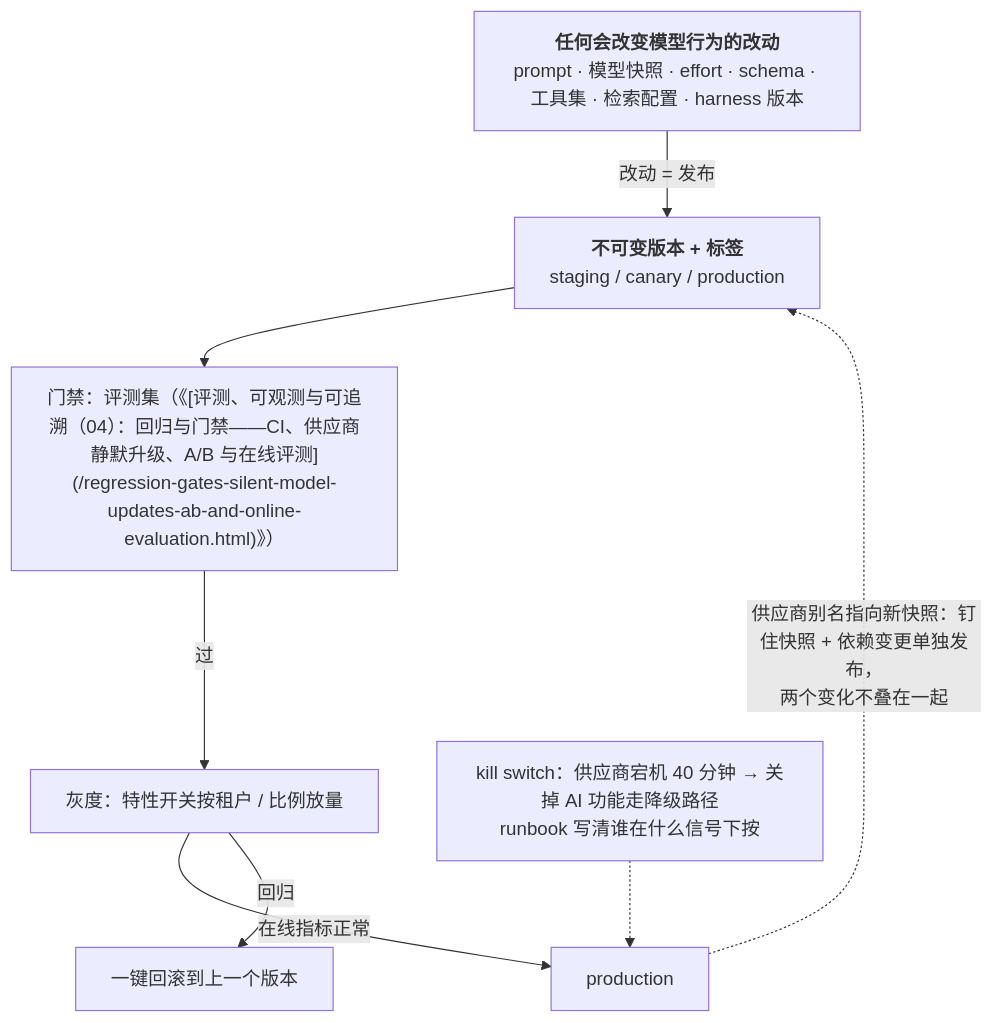
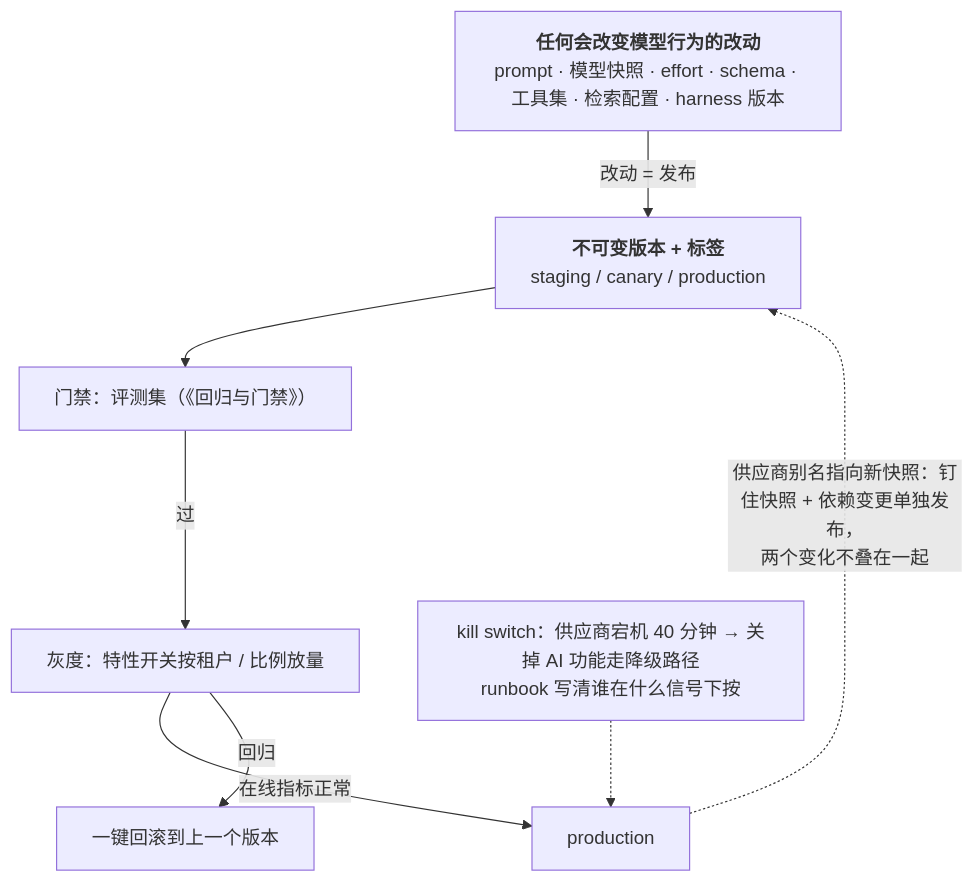
Before and after one commit to arganzheng/arganzheng.github.com: the first of 5 diagrams in _posts/2026-11-13-release-engineering-for-ai-features-switches-pinning-runbooks-and-slos.md, drawn with Mermaid. The commit also changed 55 other files, not shown here.

First line of the commit message:
坐标 261 处改成文章标题，修 Mermaid 标签里显示源码的 bug

````diff
--- a/_posts/2026-11-13-release-engineering-for-ai-features-switches-pinning-runbooks-and-slos.md
+++ b/_posts/2026-11-13-release-engineering-for-ai-features-switches-pinning-runbooks-and-slos.md
@@ -22,13 +22,13 @@
 ```mermaid
 %%{init: {"flowchart": {"wrappingWidth": 270}}}%%
 %% 图：改动 = 发布：版本 → 门禁 → 灰度 → 生产 / 回滚，钉快照与 kill switch
 flowchart TB
     C["<b>任何会改变模型行为的改动</b><br/>prompt · 模型快照 · effort · schema · 工具集 · 检索配置 · harness 版本"] -- "改动 = 发布" --> V["<b>不可变版本 + 标签</b><br/>staging / canary / production"]
-    V --> G["门禁：评测集（《[评测、可观测与可追溯（04）：回归与门禁——CI、供应商静默升级、A/B 与在线评测](/regression-gates-silent-model-updates-ab-and-online-evaluation.html)》）"]
+    V --> G["门禁：评测集（《回归与门禁》）"]
     G -- "过" --> CN["灰度：特性开关按租户 / 比例放量"]
     CN -- "在线指标正常" --> PR["production"]
     CN -- "回归" --> RB["一键回滚到上一个版本"]
     PR -. "供应商别名指向新快照：钉住快照 + 依赖变更单独发布，<br/>两个变化不叠在一起" .-> V
     K["kill switch：供应商宕机 40 分钟 → 关掉 AI 功能走降级路径<br/>runbook 写清谁在什么信号下按"] -.-> PR
 
 ```
````
